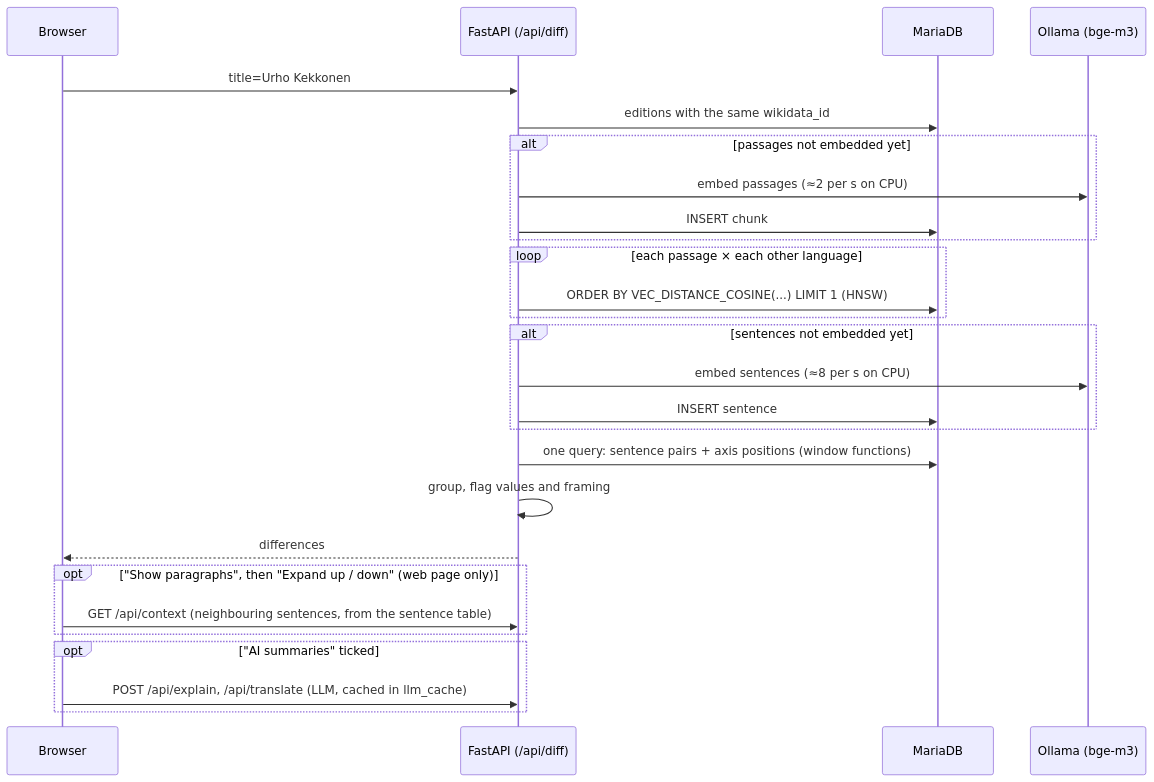
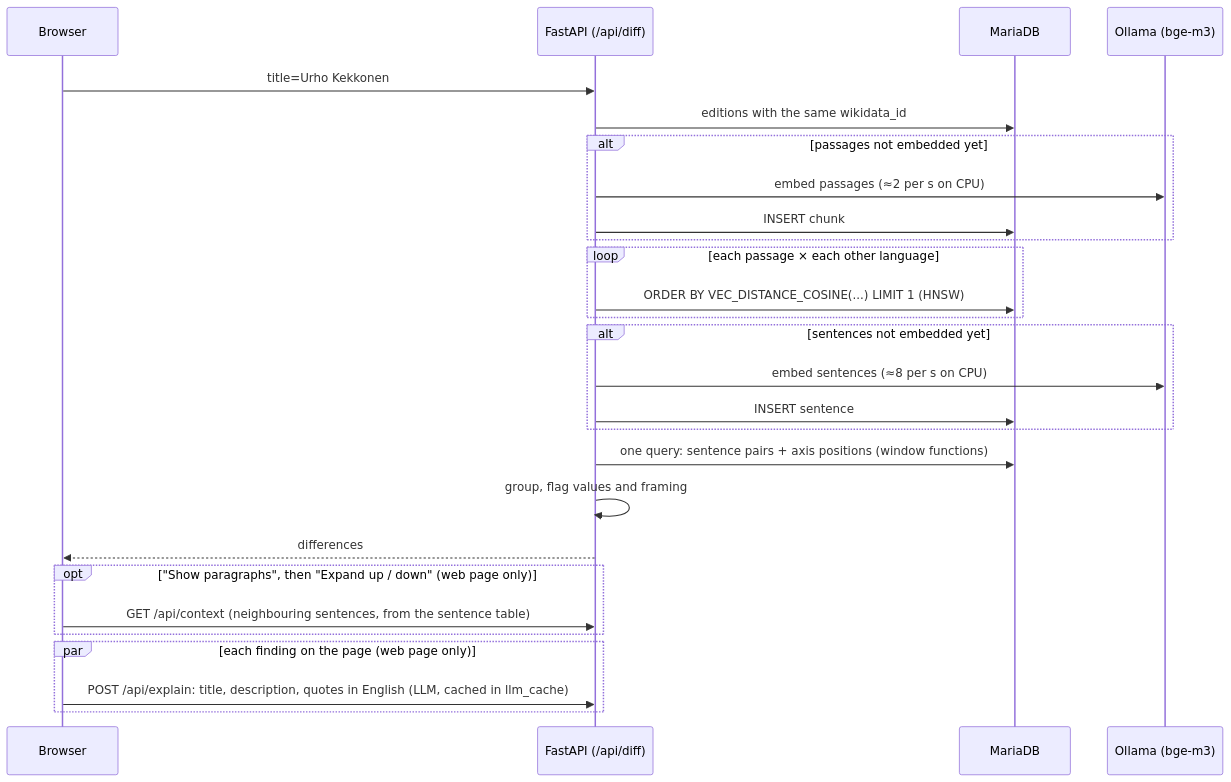
One commit to ardubev16/junction2026 changed the third of 7 diagrams in wikicross/docs/how-it-works.md. Above: the diagram before and after it, drawn with Mermaid. The commit also changed other lines of this file and 3 other files, not shown here.

First line of the commit message:
Web app: AI on by default, AI titles and descriptions, English quotes, language filters

````diff
--- a/wikicross/docs/how-it-works.md
+++ b/wikicross/docs/how-it-works.md
@@ -81,29 +81,29 @@
 ```mermaid
 sequenceDiagram
   participant B as Browser
   participant API as FastAPI (/api/diff)
   participant DB as MariaDB
   participant O as Ollama (bge-m3)
   B->>API: title=Urho Kekkonen
   API->>DB: editions with the same wikidata_id
   alt passages not embedded yet
     API->>O: embed passages (≈2 per s on CPU)
     API->>DB: INSERT chunk
   end
   loop each passage × each other language
     API->>DB: ORDER BY VEC_DISTANCE_COSINE(...) LIMIT 1 (HNSW)
   end
   alt sentences not embedded yet
     API->>O: embed sentences (≈8 per s on CPU)
     API->>DB: INSERT sentence
   end
   API->>DB: one query: sentence pairs + axis positions (window functions)
   API->>API: group, flag values and framing
   API-->>B: differences
   opt "Show paragraphs", then "Expand up / down" (web page only)
     B->>API: GET /api/context (neighbouring sentences, from the sentence table)
   end
-  opt "AI summaries" ticked
-    B->>API: POST /api/explain, /api/translate (LLM, cached in llm_cache)
+  par each finding on the page (web page only)
+    B->>API: POST /api/explain: title, description, quotes in English (LLM, cached in llm_cache)
   end
 ```
````
